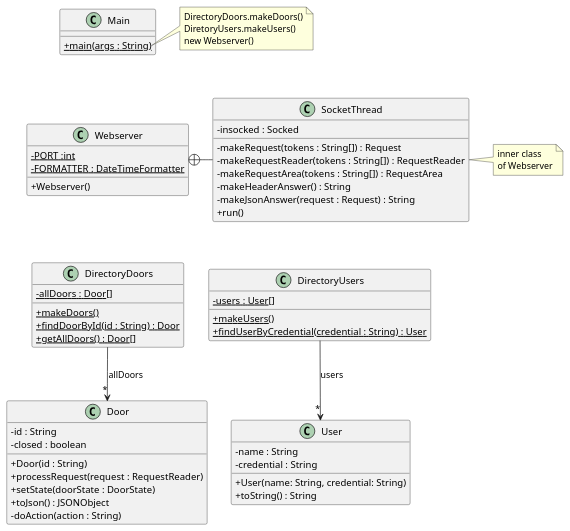
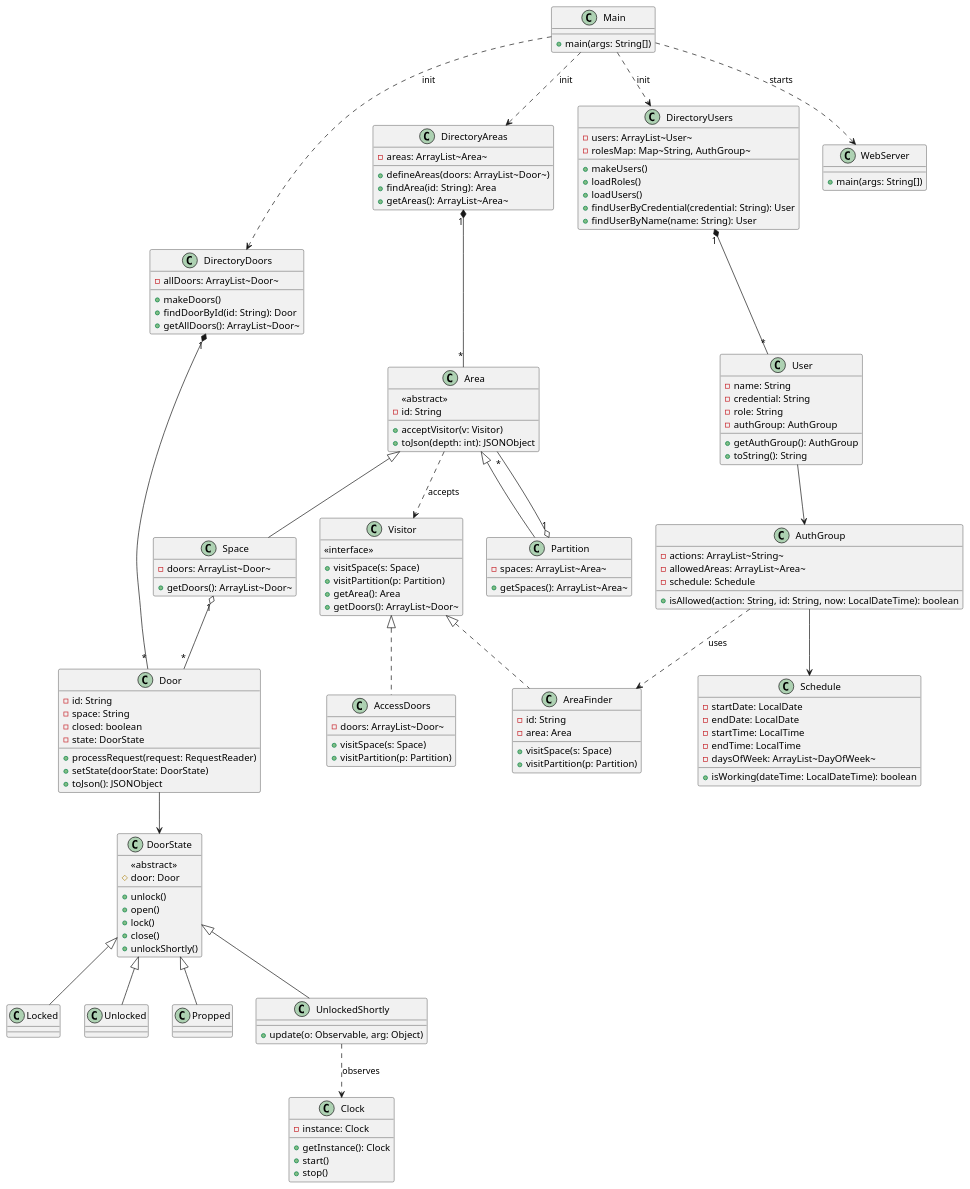
Before and after one commit to alexcorint/acs_students: the diagram in out/production/acs_students/basenostates/uml/base_no_states.puml, drawn with PlantUML. The commit also changed 21 other files, not shown here.

```diff
--- a/out/production/acs_students/basenostates/uml/base_no_states.puml
+++ b/out/production/acs_students/basenostates/uml/base_no_states.puml
@@ -1,81 +1,165 @@
-@startuml
-'https://plantuml.com/class-diagram
-skinparam classAttributeIconSize 0
+@startuml classDiagram
+    class Main {
+        +main(args: String[])
+    }
 
-class Webserver {
-- {static} PORT :int
-- {static} FORMATTER : DateTimeFormatter
-+ Webserver()
-}
+    class DirectoryDoors {
+        -allDoors: ArrayList~Door~
+        +makeDoors()
+        +findDoorById(id: String): Door
+        +getAllDoors(): ArrayList~Door~
+    }
 
-class SocketThread {
-- insocked : Socked
-- makeRequest(tokens : String[]) : Request
-- makeRequestReader(tokens : String[]) : RequestReader
-- makeRequestArea(tokens : String[]) : RequestArea
-- makeHeaderAnswer() : String
-- makeJsonAnswer(request : Request) : String
-+ run()
-}
+    class DirectoryUsers {
+        -users: ArrayList~User~
+        -rolesMap: Map~String, AuthGroup~
+        +makeUsers()
+        +loadRoles()
+        +loadUsers()
+        +findUserByCredential(credential: String): User
+        +findUserByName(name: String): User
+    }
 
-Webserver +-right- SocketThread
+    class DirectoryAreas {
+        -areas: ArrayList~Area~
+        +defineAreas(doors: ArrayList~Door~)
+        +findArea(id: String): Area
+        +getAreas(): ArrayList~Area~
+    }
 
-note right of SocketThread
-inner class
-of Webserver
-end note
+    class User {
+        -name: String
+        -credential: String
+        -role: String
+        -authGroup: AuthGroup
+        +getAuthGroup(): AuthGroup
+        +toString(): String
+    }
 
-class DirectoryDoors {
-- {static} allDoors : Door[]
-+ {static} makeDoors()
-+ {static} findDoorById(id : String) : Door
-+ {static} getAllDoors() : Door[]
-}
+    class AuthGroup {
+        -actions: ArrayList~String~
+        -allowedAreas: ArrayList~Area~
+        -schedule: Schedule
+        +isAllowed(action: String, id: String, now: LocalDateTime): boolean
+    }
 
-DirectoryDoors --> "*" Door : "allDoors"
+    class Schedule {
+        -startDate: LocalDate
+        -endDate: LocalDate
+        -startTime: LocalTime
+        -endTime: LocalTime
+        -daysOfWeek: ArrayList~DayOfWeek~
+        +isWorking(dateTime: LocalDateTime): boolean
+    }
 
-class DirectoryUsers {
-- {static} users : User[]
-+ {static} makeUsers()
-+ {static} findUserByCredential(credential : String) : User
-}
+    class Door {
+        -id: String
+        -space: String
+        -closed: boolean
+        -state: DoorState
+        +processRequest(request: RequestReader)
+        +setState(doorState: DoorState)
+        +toJson(): JSONObject
+    }
 
-DirectoryUsers --> "*" User : "users"
+    class DoorState {
+        <<abstract>>
+        #door: Door
+        +unlock()
+        +open()
+        +lock()
+        +close()
+        +unlockShortly()
+    }
 
-class Door {
-- id : String
-- closed : boolean
-+ Door(id : String)
-+ processRequest(request : RequestReader)
-+ setState(doorState : DoorState)
-+ toJson() : JSONObject
-'+ toString() : String
-'+ isClosed() :boolean
-'+ setClosed(b : boolean)
-'+ getStateName() : String
-- doAction(action : String)
-}
+    class Locked {
+    }
+    class Unlocked {
+    }
+    class Propped {
+    }
+    class UnlockedShortly {
+        +update(o: Observable, arg: Object)
+    }
 
+    class Clock {
+        -instance: Clock
+        +getInstance(): Clock
+        +start()
+        +stop()
+    }
 
-class User {
-- name : String
-- credential : String
-+ User(name: String, credential: String)
-+ toString() : String
-}
+    class Area {
+        <<abstract>>
+        -id: String
+        +acceptVisitor(v: Visitor)
+        +toJson(depth: int): JSONObject
+    }
 
+    class Partition {
+        -spaces: ArrayList~Area~
+        +getSpaces(): ArrayList~Area~
+    }
 
-class Main {
-+ {static} main(args : String)
-}
+    class Space {
+        -doors: ArrayList~Door~
+        +getDoors(): ArrayList~Door~
+    }
 
-note right of Main::main
-DirectoryDoors.makeDoors()
-DiretoryUsers.makeUsers()
-new Webserver()
-end note
+    class Visitor {
+        <<interface>>
+        +visitSpace(s: Space)
+        +visitPartition(p: Partition)
+        +getArea(): Area
+        +getDoors(): ArrayList~Door~
+    }
 
-Main -[hidden]down- Webserver
-Webserver -[hidden]down- DirectoryDoors
-DirectoryDoors -[hidden]right- DirectoryUsers
+    class AreaFinder {
+        -id: String
+        -area: Area
+        +visitSpace(s: Space)
+        +visitPartition(p: Partition)
+    }
+
+    class AccessDoors {
+        -doors: ArrayList~Door~
+        +visitSpace(s: Space)
+        +visitPartition(p: Partition)
+    }
+
+    class WebServer {
+        +main(args: String[])
+    }
+
+    
+    Main ..> DirectoryDoors : init
+    Main ..> DirectoryUsers : init
+    Main ..> DirectoryAreas : init
+    Main ..> WebServer : starts
+
+    DirectoryDoors "1" *-- "*" Door
+    DirectoryUsers "1" *-- "*" User
+    DirectoryAreas "1" *-- "*" Area
+    
+    User --> AuthGroup
+    AuthGroup --> Schedule
+    AuthGroup ..> AreaFinder : uses
+    
+    Door --> DoorState
+    DoorState <|-- Locked
+    DoorState <|-- Unlocked
+    DoorState <|-- Propped
+    DoorState <|-- UnlockedShortly
+    
+    UnlockedShortly ..> Clock : observes
+    
+    Area <|-- Partition
+    Area <|-- Space
+    Partition "1" o-- "*" Area
+    Space "1" o-- "*" Door
+    
+    Visitor <|.. AreaFinder
+    Visitor <|.. AccessDoors
+    Area ..> Visitor : accepts
+
 @enduml
```
